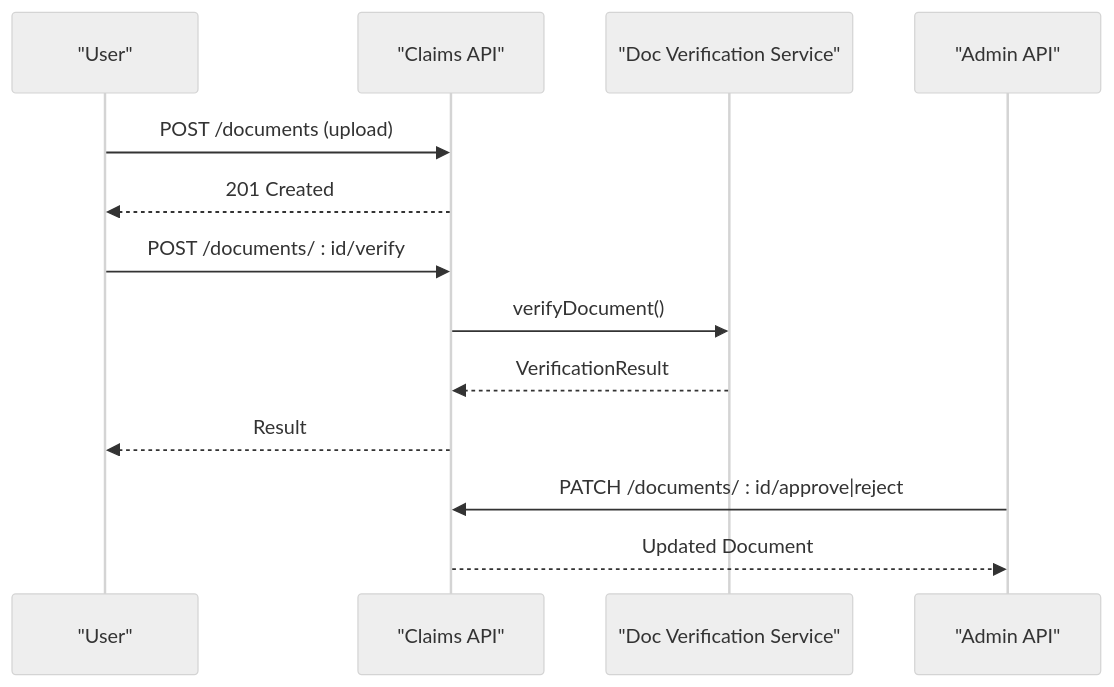
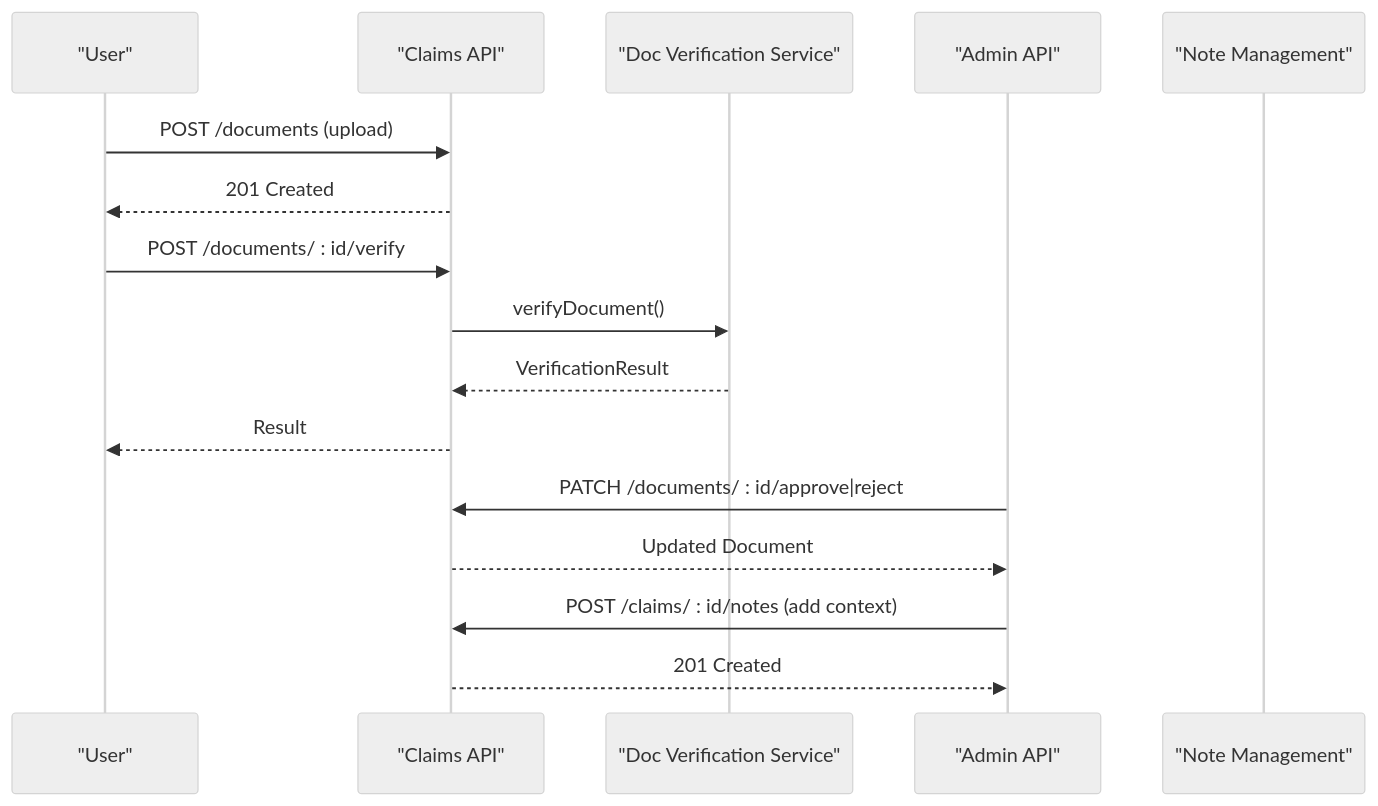
Before and after one commit to NaveenHiranya/Smart-Vehicle-Insurance-Claim-System: the seventh of 8 diagrams in .qoder/repowiki/en/content/Backend Documentation/API Endpoints Reference/Claims Processing Endpoints.md, drawn with Mermaid (neutral theme). The commit also changed other lines of this file and 33 other files, not shown here.

````diff
--- a/.qoder/repowiki/en/content/Backend Documentation/API Endpoints Reference/Claims Processing Endpoints.md
+++ b/.qoder/repowiki/en/content/Backend Documentation/API Endpoints Reference/Claims Processing Endpoints.md
@@ -533,15 +556,18 @@
 ```mermaid
 sequenceDiagram
 participant U as "User"
 participant API as "Claims API"
 participant V as "Doc Verification Service"
 participant A as "Admin API"
+participant N as "Note Management"
 U->>API : POST /documents (upload)
 API-->>U : 201 Created
 U->>API : POST /documents/ : id/verify
 API->>V : verifyDocument()
 V-->>API : VerificationResult
 API-->>U : Result
 A->>API : PATCH /documents/ : id/approve|reject
 API-->>A : Updated Document
+A->>API : POST /claims/ : id/notes (add context)
+API-->>A : 201 Created
 ```
````
